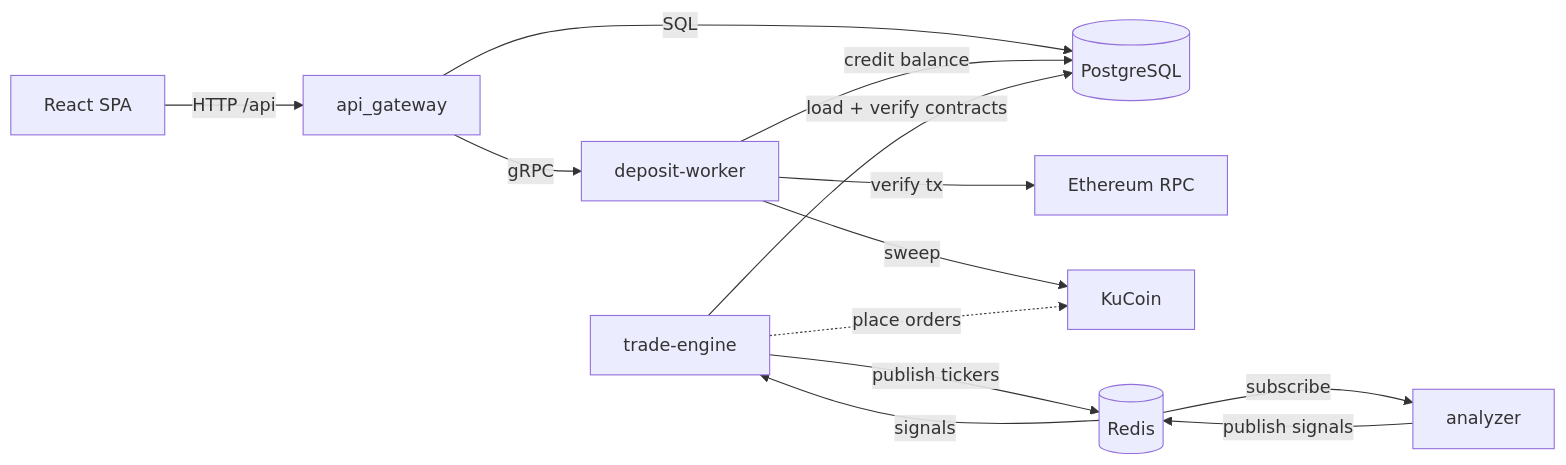
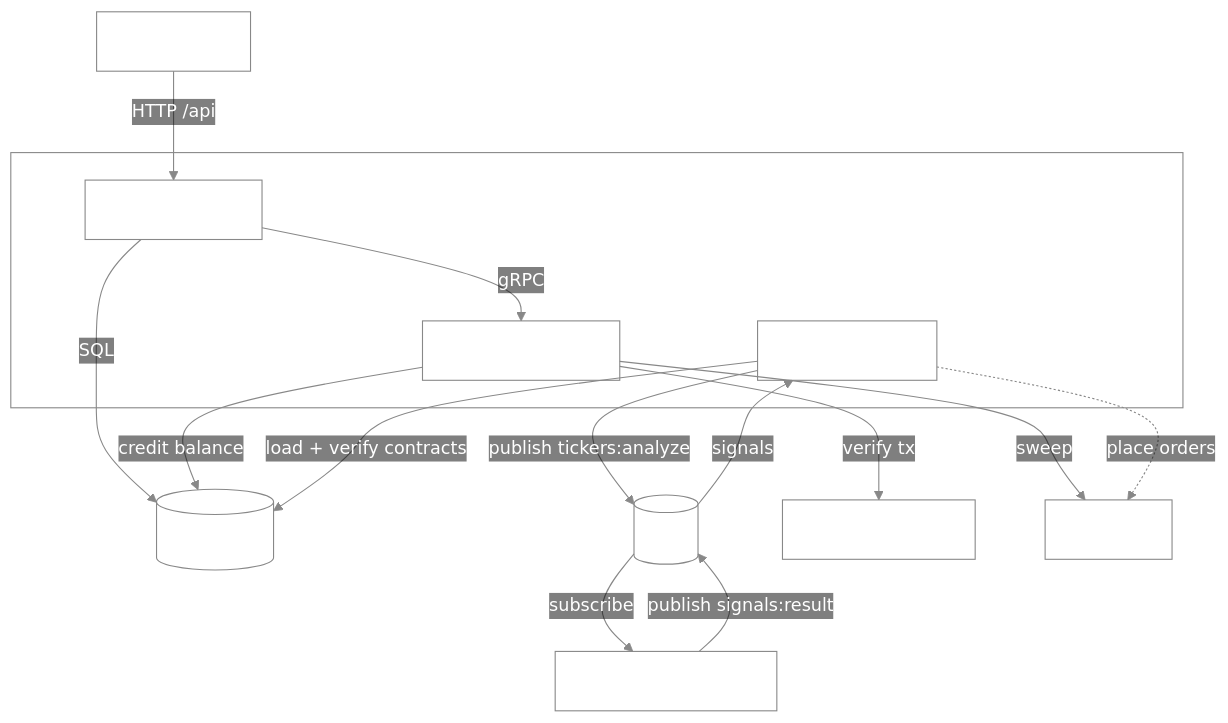
One commit to N-Choo/CoinBot.v3 changed the first of 5 diagrams in README.md. Above: the diagram before and after it, drawn with Mermaid. The commit also changed other lines of this file, not shown here.

````diff
--- a/README.md
+++ b/README.md
@@ -66,16 +7,35 @@
 ```mermaid
-flowchart LR
-    UI[React SPA] -->|HTTP /api| GW[api_gateway]
-    GW -->|SQL| DB[(PostgreSQL)]
-    GW -->|gRPC| DW[deposit-worker]
-    DW -->|verify tx| ETH[Ethereum RPC]
-    DW -->|sweep| KC[KuCoin]
-    DW -->|credit balance| DB
+%%{init: {"theme":"base","themeVariables":{"clusterBkg":"transparent","clusterBorder":"#888","lineColor":"#888","primaryTextColor":"#fff","tertiaryTextColor":"#fff","edgeLabelBackground":"transparent"}}}%%
+flowchart TB
+    classDef plain fill:transparent,stroke:#888,color:#fff;
 
-    TE[trade-engine] -->|publish tickers| RD[(Redis)]
-    RD -->|subscribe| AN[analyzer]
-    AN -->|publish signals| RD
-    RD -->|signals| TE
-    TE -->|load + verify contracts| DB
-    TE -.->|place orders| KC
+    UI["React SPA"]
+
+    subgraph rust["Rust services"]
+        GW["api_gateway"]
+        DW["deposit-worker"]
+        TE["trade-engine"]
+    end
+
+    AN["analyzer (Python)"]
+    DB[("PostgreSQL")]
+    RD[("Redis")]
+    ETH["Ethereum RPC"]
+    KC["KuCoin"]
+
+    UI -->|"HTTP /api"| GW
+    GW -->|"SQL"| DB
+    GW -->|"gRPC"| DW
+    DW -->|"verify tx"| ETH
+    DW -->|"sweep"| KC
+    DW -->|"credit balance"| DB
+
+    TE -->|"publish tickers:analyze"| RD
+    RD -->|"subscribe"| AN
+    AN -->|"publish signals:result"| RD
+    RD -->|"signals"| TE
+    TE -->|"load + verify contracts"| DB
+    TE -.->|"place orders"| KC
+
+    class UI,GW,DW,TE,AN,DB,RD,ETH,KC plain;
 ```
````
